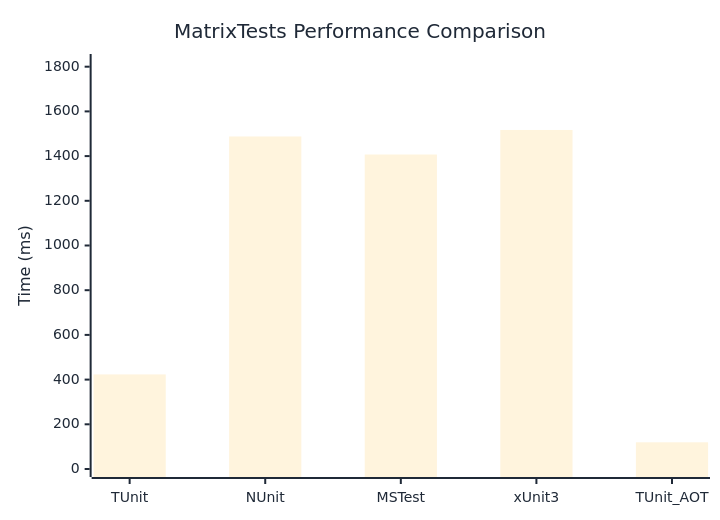
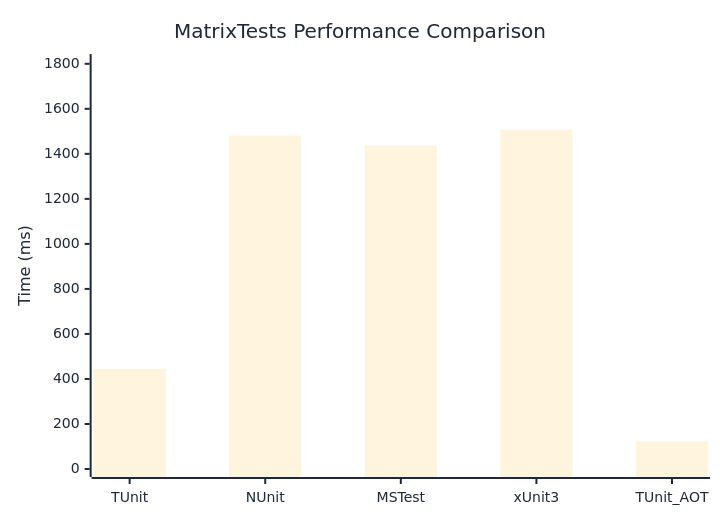
One commit to thomhurst/TUnit changed the diagram in docs/docs/benchmarks/engine/MatrixTests.md. Above: the diagram before and after it, drawn with Mermaid. The commit also changed other lines of this file and 17 other files, not shown here.

````diff
--- a/docs/docs/benchmarks/engine/MatrixTests.md
+++ b/docs/docs/benchmarks/engine/MatrixTests.md
@@ -29,37 +29,37 @@
 ```mermaid
 %%{init: {
   'theme':'base',
   'themeVariables': {
     'primaryColor': '#2563eb',
     'primaryTextColor': '#1f2937',
     'primaryBorderColor': '#1e40af',
     'lineColor': '#6b7280',
     'secondaryColor': '#7c3aed',
     'tertiaryColor': '#dc2626',
     'background': '#ffffff',
     'mainBkg': '#2563eb',
     'secondBkg': '#7c3aed',
     'tertiaryBkg': '#dc2626',
     'clusterBkg': '#f3f4f6',
     'edgeLabelBackground': '#ffffff',
     'tertiaryTextColor': '#1f2937',
     'pie1': '#2563eb',
     'pie2': '#7c3aed',
     'pie3': '#dc2626',
     'pie4': '#f59e0b',
     'pie5': '#10b981',
     'pie6': '#06b6d4',
     'pie7': '#ec4899',
     'pie8': '#6366f1',
     'pie9': '#84cc16',
     'pie10': '#f97316',
     'pie11': '#14b8a6',
     'pie12': '#a855f7'
   }
 }}%%
 xychart-beta
   title "MatrixTests Performance Comparison"
   x-axis ["TUnit", "NUnit", "MSTest", "xUnit3", "TUnit_AOT"]
-  y-axis "Time (ms)" 0 --> 1821
-  bar [423.2, 1487.8, 1407.1, 1516.9, 119.4]
+  y-axis "Time (ms)" 0 --> 1808
+  bar [445, 1481.5, 1436.8, 1506.6, 121.6]
 ```
````
